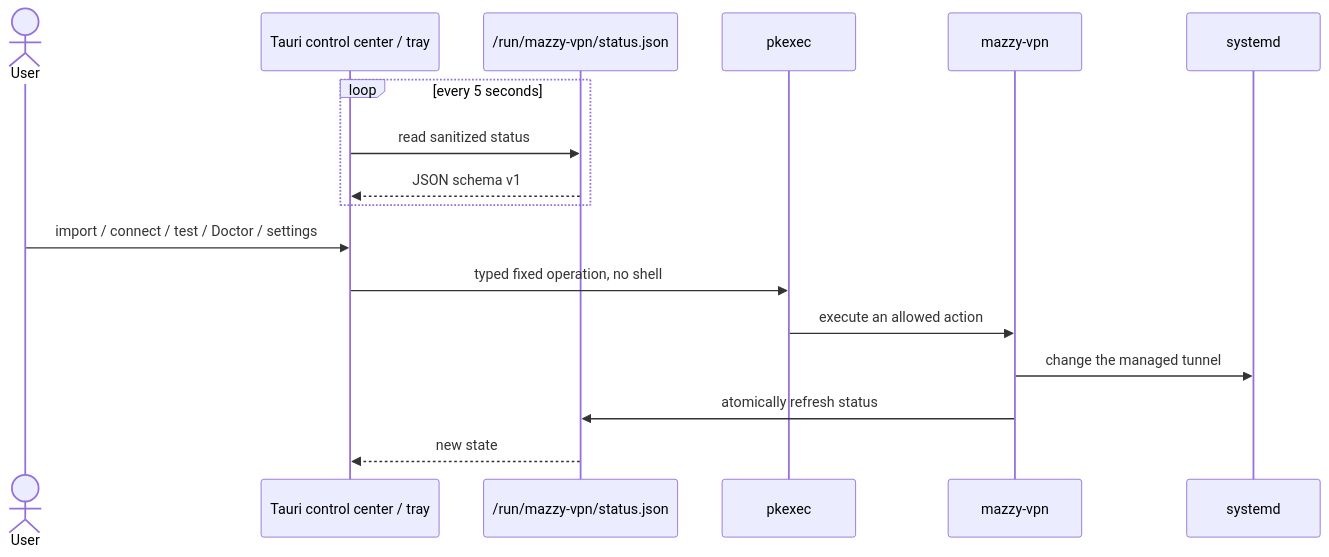
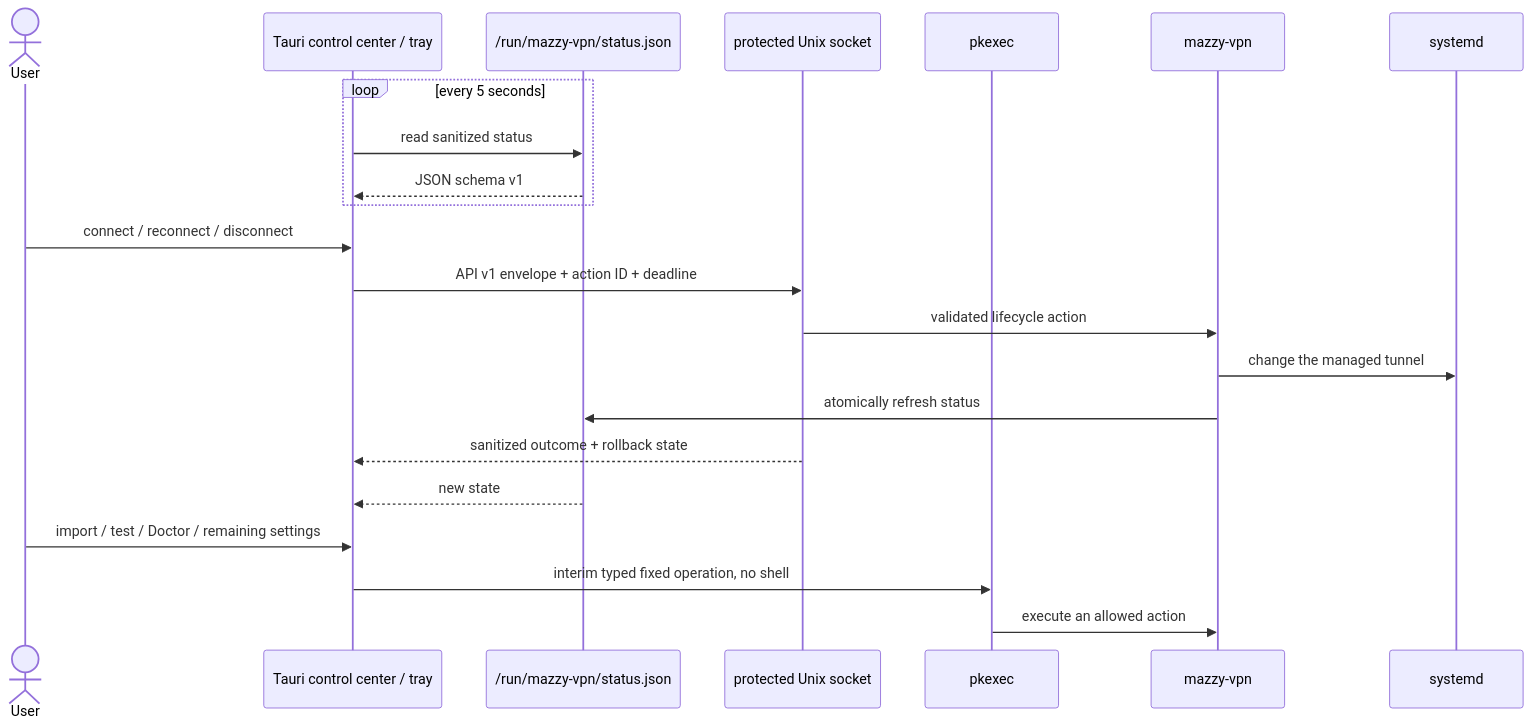
One commit to mazurovn/mazzy-vpn changed the second of 5 diagrams in docs/ARCHITECTURE.en.md. Above: the diagram before and after it, drawn with Mermaid. The commit also changed other lines of this file and 23 other files, not shown here.

First line of the commit message:
Add protected local lifecycle API (#26)

````diff
--- a/docs/ARCHITECTURE.en.md
+++ b/docs/ARCHITECTURE.en.md
@@ -117,20 +123,25 @@
 ```mermaid
 sequenceDiagram
     actor User
     participant UI as Tauri control center / tray
     participant Cache as /run/mazzy-vpn/status.json
+    participant API as protected Unix socket
     participant PK as pkexec
     participant CLI as mazzy-vpn
     participant SD as systemd
 
     loop every 5 seconds
         UI->>Cache: read sanitized status
         Cache-->>UI: JSON schema v1
     end
-    User->>UI: import / connect / test / Doctor / settings
-    UI->>PK: typed fixed operation, no shell
-    PK->>CLI: execute an allowed action
+    User->>UI: connect / reconnect / disconnect
+    UI->>API: API v1 envelope + action ID + deadline
+    API->>CLI: validated lifecycle action
     CLI->>SD: change the managed tunnel
     CLI->>Cache: atomically refresh status
+    API-->>UI: sanitized outcome + rollback state
     Cache-->>UI: new state
+    User->>UI: import / test / Doctor / remaining settings
+    UI->>PK: interim typed fixed operation, no shell
+    PK->>CLI: execute an allowed action
 ```
````
